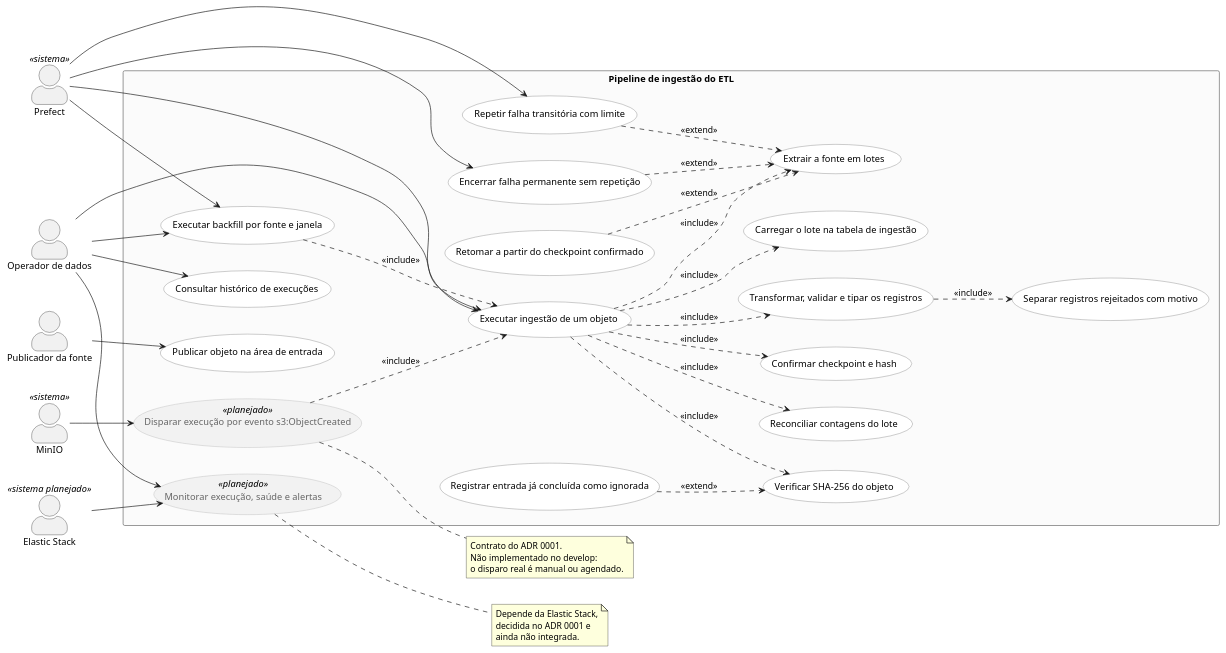
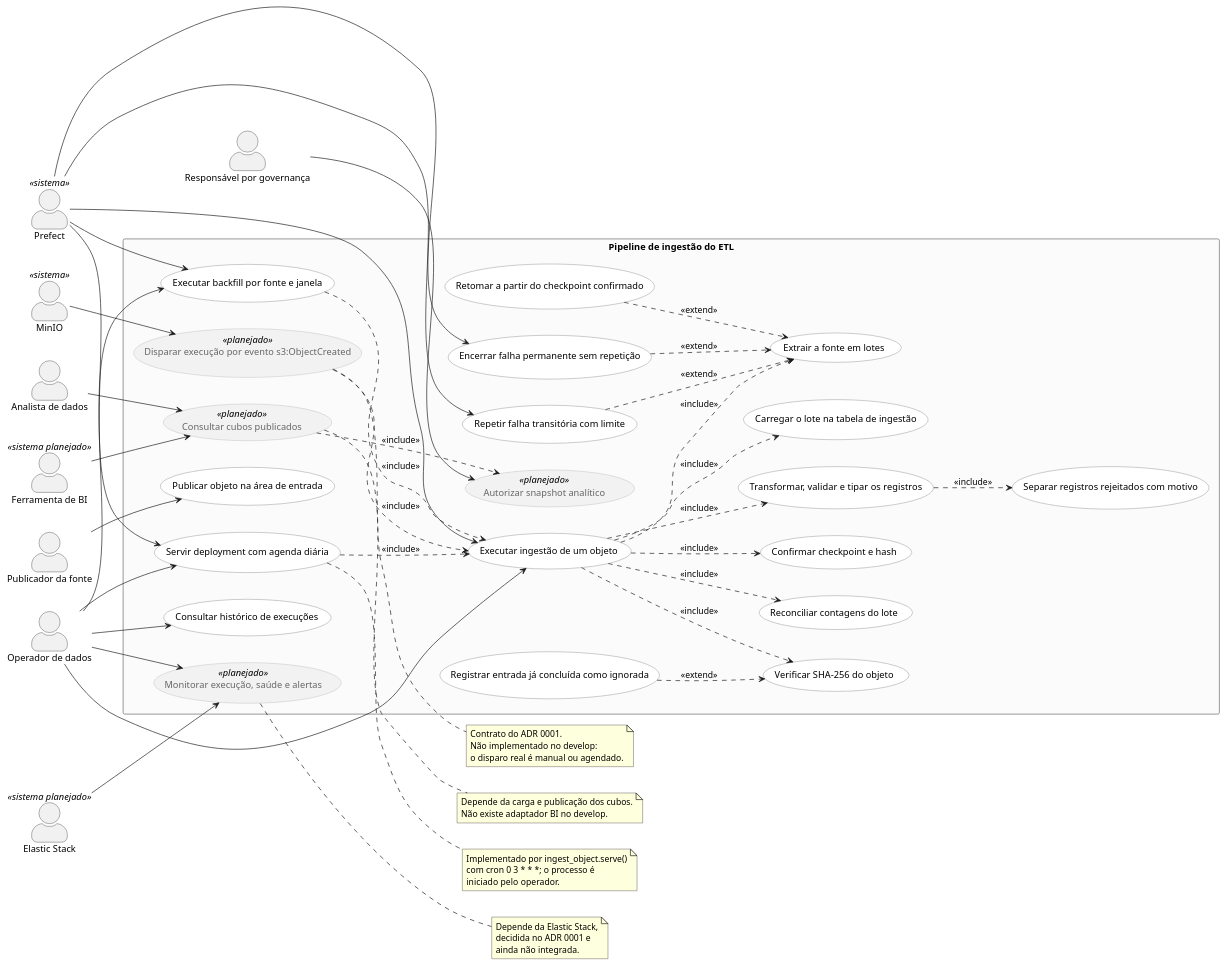
One commit to balb-0/Synapse changed the diagram in docs/assets/uml/casos-de-uso-etl.plantuml. Above: the diagram before and after it, drawn with PlantUML.

Commit message:
docs: atualiza casos de uso do fluxo servido #250

```diff
--- a/docs/assets/uml/casos-de-uso-etl.plantuml
+++ b/docs/assets/uml/casos-de-uso-etl.plantuml
@@ -1,85 +1,109 @@
 @startuml
 
 left to right direction
 
 skinparam shadowing false
 skinparam nodesep 40
 skinparam ranksep 60
 skinparam actorStyle awesome
 skinparam rectangle {
   BackgroundColor #FBFBFB
   BorderColor #666666
 }
 skinparam usecase {
   BackgroundColor #FFFFFF
   BorderColor #666666
   BackgroundColor<<planejado>> #F2F2F2
   BorderColor<<planejado>> #AAAAAA
   FontColor<<planejado>> #666666
 }
 
 actor "Publicador da fonte" as PUB
 actor "Operador de dados" as OPE
+actor "Analista de dados" as ANALISTA
+actor "Responsável por governança" as GOV
 actor "MinIO" as MINIO <<sistema>>
 actor "Prefect" as PREFECT <<sistema>>
 actor "Elastic Stack" as ELASTIC <<sistema planejado>>
+actor "Ferramenta de BI" as BI <<sistema planejado>>
 
 rectangle "Pipeline de ingestão do ETL" {
   usecase "Publicar objeto na área de entrada" as UC01
   usecase "Disparar execução por evento s3:ObjectCreated" as UC02 <<planejado>>
   usecase "Executar ingestão de um objeto" as UC03
   usecase "Executar backfill por fonte e janela" as UC04
+  usecase "Servir deployment com agenda diária" as UC18
   usecase "Verificar SHA-256 do objeto" as UC05
   usecase "Registrar entrada já concluída como ignorada" as UC06
   usecase "Extrair a fonte em lotes" as UC07
   usecase "Transformar, validar e tipar os registros" as UC08
   usecase "Separar registros rejeitados com motivo" as UC09
   usecase "Carregar o lote na tabela de ingestão" as UC10
   usecase "Reconciliar contagens do lote" as UC11
   usecase "Confirmar checkpoint e hash" as UC12
   usecase "Repetir falha transitória com limite" as UC13
   usecase "Encerrar falha permanente sem repetição" as UC14
   usecase "Retomar a partir do checkpoint confirmado" as UC15
   usecase "Consultar histórico de execuções" as UC16
   usecase "Monitorar execução, saúde e alertas" as UC17 <<planejado>>
+  usecase "Autorizar snapshot analítico" as UC19 <<planejado>>
+  usecase "Consultar cubos publicados" as UC20 <<planejado>>
 }
 
 PUB --> UC01
 MINIO --> UC02
 OPE --> UC03
 OPE --> UC04
 OPE --> UC16
 OPE --> UC17
+OPE --> UC18
+ANALISTA --> UC20
+GOV --> UC19
 PREFECT --> UC03
 PREFECT --> UC04
+PREFECT --> UC18
 PREFECT --> UC13
 PREFECT --> UC14
 ELASTIC --> UC17
+BI --> UC20
 
 UC02 ..> UC03 : <<include>>
 UC03 ..> UC05 : <<include>>
 UC03 ..> UC07 : <<include>>
 UC03 ..> UC08 : <<include>>
 UC03 ..> UC10 : <<include>>
 UC03 ..> UC11 : <<include>>
 UC03 ..> UC12 : <<include>>
 UC04 ..> UC03 : <<include>>
+UC18 ..> UC03 : <<include>>
 UC08 ..> UC09 : <<include>>
 UC06 ..> UC05 : <<extend>>
 UC13 ..> UC07 : <<extend>>
 UC14 ..> UC07 : <<extend>>
 UC15 ..> UC07 : <<extend>>
+UC20 ..> UC19 : <<include>>
 
 note right of UC02
   Contrato do ADR 0001.
   Não implementado no develop:
   o disparo real é manual ou agendado.
+end note
+
+note right of UC18
+  Implementado por ingest_object.serve()
+  com cron 0 3 * * *; o processo é
+  iniciado pelo operador.
+end note
+
+note right of UC20
+  Depende da carga e publicação dos cubos.
+  Não existe adaptador BI no develop.
 end note
 
 note right of UC17
   Depende da Elastic Stack,
   decidida no ADR 0001 e
   ainda não integrada.
 end note
 
 @enduml
```
